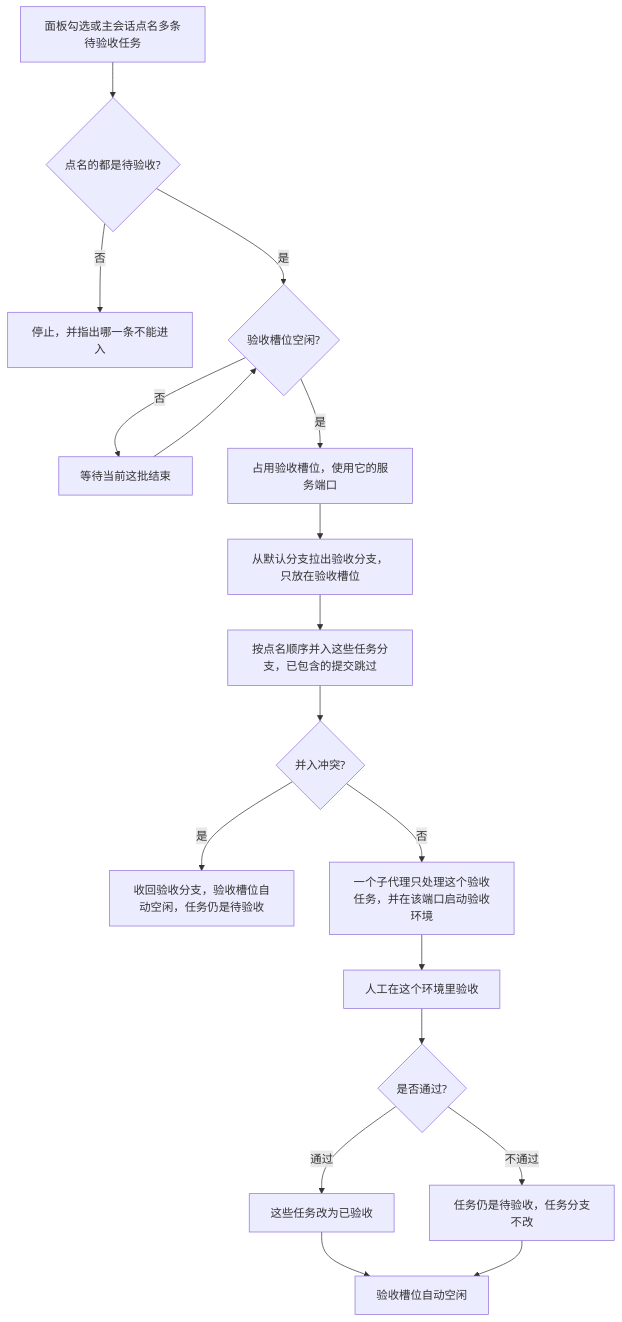
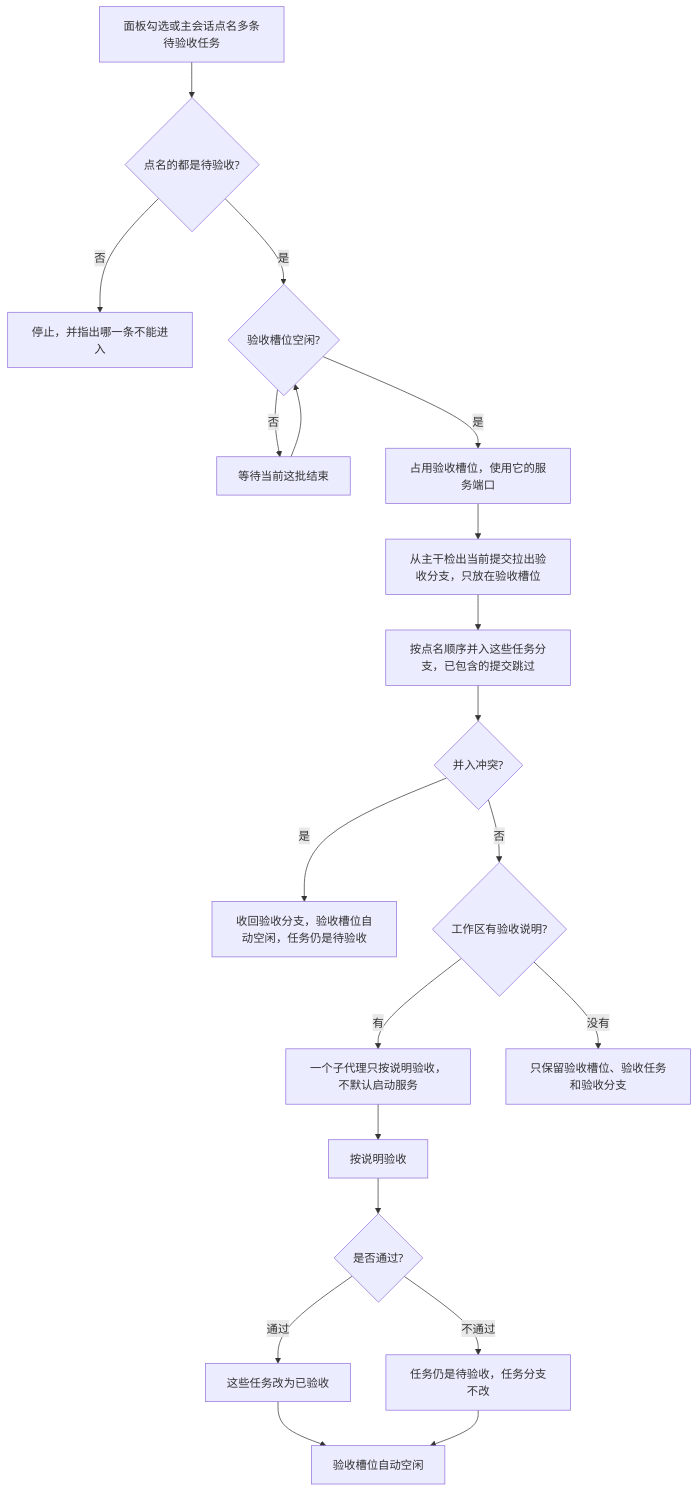
The third of 3 diagrams in 需求.md (JJblau2021/dsh-dev-flow), drawn with Mermaid before and after one commit. The commit also changed other lines of this file and 17 other files, not shown here.

````diff
--- a/需求.md
+++ b/需求.md
@@ -124,20 +124,22 @@
 ```mermaid
 flowchart TD
   ask["面板勾选或主会话点名多条待验收任务"] --> ready{"点名的都是待验收?"}
   ready -->|"否"| stop["停止，并指出哪一条不能进入"]
   ready -->|"是"| free{"验收槽位空闲?"}
   free -->|"否"| wait["等待当前这批结束"]
   wait --> free
   free -->|"是"| use["占用验收槽位，使用它的服务端口"]
-  use --> cut["从默认分支拉出验收分支，只放在验收槽位"]
+  use --> cut["从主干检出当前提交拉出验收分支，只放在验收槽位"]
   cut --> merge["按点名顺序并入这些任务分支，已包含的提交跳过"]
   merge --> bad{"并入冲突?"}
   bad -->|"是"| back["收回验收分支，验收槽位自动空闲，任务仍是待验收"]
-  bad -->|"否"| run["一个子代理只处理这个验收任务，并在该端口启动验收环境"]
-  run --> review["人工在这个环境里验收"]
+  bad -->|"否"| noted{"工作区有验收说明?"}
+  noted -->|"有"| run["一个子代理只按说明验收，不默认启动服务"]
+  noted -->|"没有"| readyOnly["只保留验收槽位、验收任务和验收分支"]
+  run --> review["按说明验收"]
   review --> verdict{"是否通过?"}
   verdict -->|"通过"| pass["这些任务改为已验收"]
   verdict -->|"不通过"| reject["任务仍是待验收，任务分支不改"]
   pass --> idle["验收槽位自动空闲"]
   reject --> idle
 ```
````
